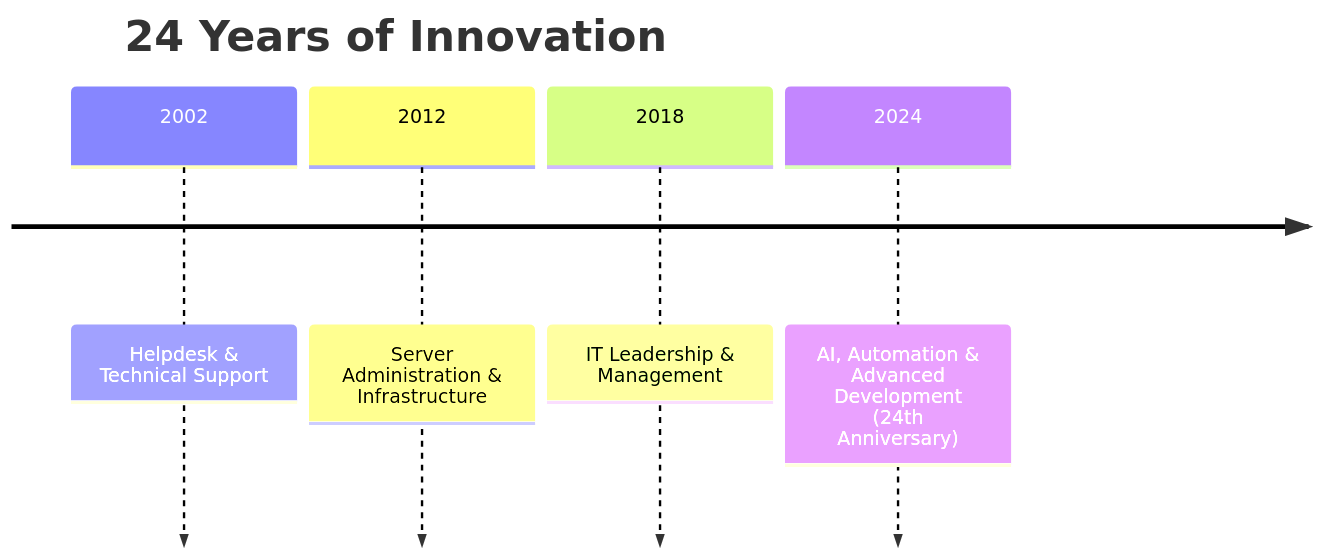
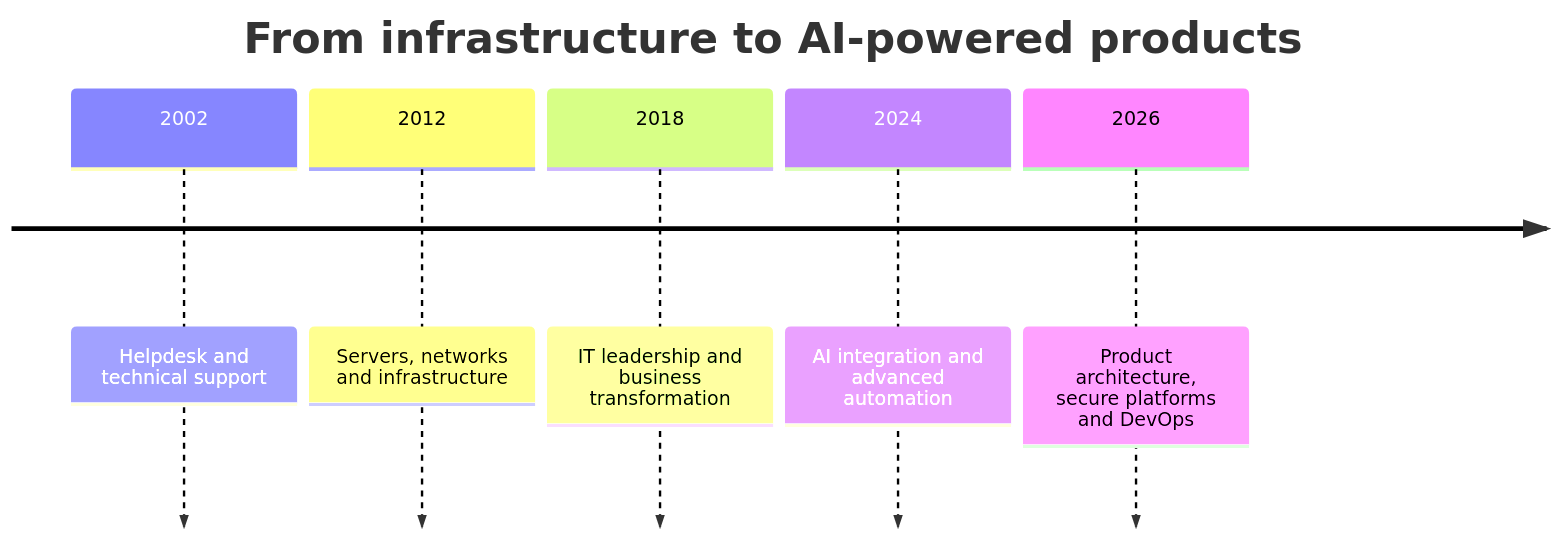
Before and after one commit to MrFabioArias/MrFabioArias: the diagram in README.md, drawn with Mermaid. The commit also changed other lines of this file, not shown here.

````diff
--- a/README.md
+++ b/README.md
@@ -65,8 +69,9 @@
 ```mermaid
 timeline
-    title 24 Years of Innovation
-    2002 : Helpdesk & Technical Support
-    2012 : Server Administration & Infrastructure
-    2018 : IT Leadership & Management
-    2024 : AI, Automation & Advanced Development (24th Anniversary)
+    title From infrastructure to AI-powered products
+    2002 : Helpdesk and technical support
+    2012 : Servers, networks and infrastructure
+    2018 : IT leadership and business transformation
+    2024 : AI integration and advanced automation
+    2026 : Product architecture, secure platforms and DevOps
 ```
````
